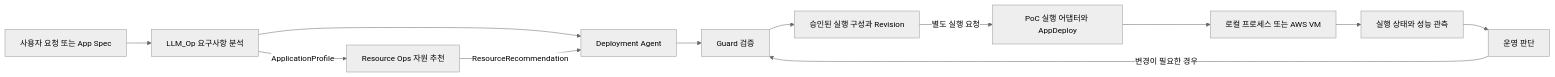
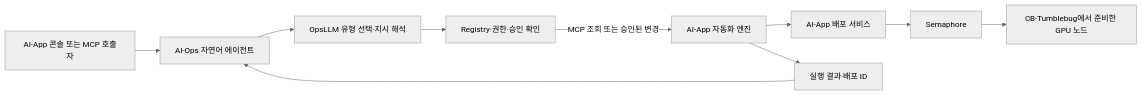
One commit to cloud-barista/ai-ops changed the diagram in README.md. Above: the diagram before and after it, drawn with Mermaid (neutral theme). The commit also changed other lines of this file and 5 other files, not shown here.

````diff
--- a/README.md
+++ b/README.md
@@ -39,14 +53,12 @@
 ```mermaid
 flowchart LR
-    U[사용자 요청 또는 App Spec] --> L[LLM_Op 요구사항 분석]
-    L -->|ApplicationProfile| R[Resource Ops 자원 추천]
-    L --> D[Deployment Agent]
-    R -->|ResourceRecommendation| D
-    D --> G[Guard 검증]
-    G --> P[승인된 실행 구성과 Revision]
-    P -->|별도 실행 요청| A[PoC 실행 어댑터와 AppDeploy]
-    A --> V[로컬 프로세스 또는 AWS VM]
-    V --> O[실행 상태와 성능 관측]
-    O --> J[운영 판단]
-    J -->|변경이 필요한 경우| G
+    U[AI-App 콘솔 또는 MCP 호출자] --> N[AI-Ops 자연어 에이전트]
+    N --> L[OpsLLM 유형 선택·지시 해석]
+    L --> G[Registry·권한·승인 확인]
+    G -->|MCP 조회 또는 승인된 변경| E[AI-App 자동화 엔진]
+    E --> A[AI-App 배포 서비스]
+    A --> S[Semaphore]
+    S --> V[CB-Tumblebug에서 준비한 GPU 노드]
+    E --> R[실행 결과·배포 ID]
+    R --> N
 ```
````
